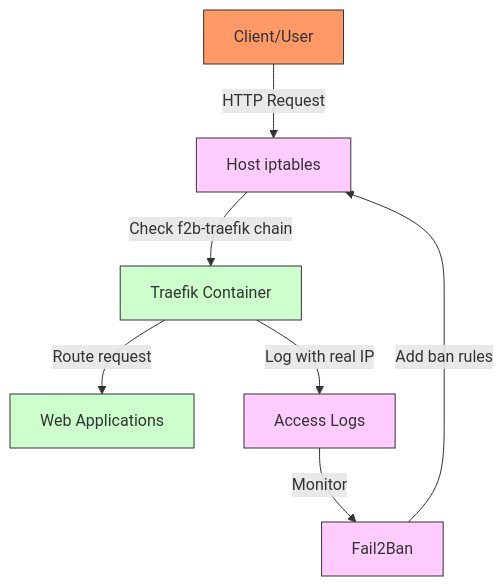
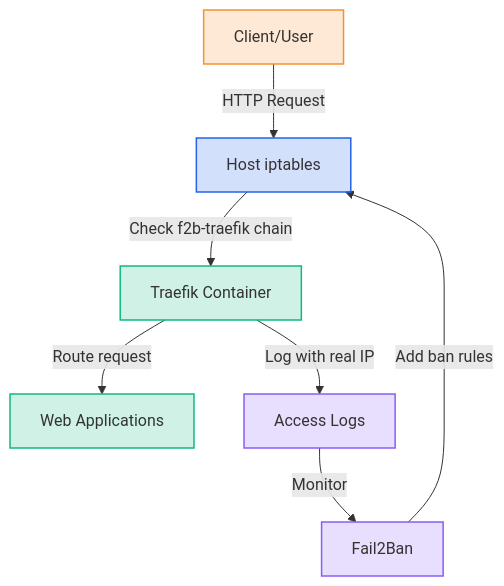
Before and after one commit to yashhere/yashagarwal.in: the second of 3 diagrams in content/notes/securing-traefik-with-ufw-fail2ban.mdx, drawn with Mermaid. The commit also changed other lines of this file and 2 other files, not shown here.

Commit message:
chore: fix mermaid styling in dark mode

````diff
--- a/content/notes/securing-traefik-with-ufw-fail2ban.mdx
+++ b/content/notes/securing-traefik-with-ufw-fail2ban.mdx
@@ -381,16 +381,16 @@
 ```mermaid
 flowchart TD
     client[Client/User] -->|HTTP Request| iptables
     iptables[Host iptables] -->|Check f2b-traefik chain| traefik
     traefik[Traefik Container] -->|Route request| app[Web Applications]
     traefik -->|Log with real IP| logs[Access Logs]
     logs -->|Monitor| fail2ban[Fail2Ban]
     fail2ban -->|Add ban rules| iptables
 
-    style client fill:#f96,stroke:#333
-    style iptables fill:#fcf,stroke:#333
-    style fail2ban fill:#fcf,stroke:#333
-    style logs fill:#fcf,stroke:#333
-    style traefik fill:#cfc,stroke:#333
-    style app fill:#cfc,stroke:#333
+    style client fill:#f5933033,stroke:#f59330,stroke-width:1.5px;
+    style iptables fill:#2563eb33,stroke:#2563eb,stroke-width:1.5px;
+    style fail2ban fill:#8b5cf633,stroke:#8b5cf6,stroke-width:1.5px;
+    style logs fill:#8b5cf633,stroke:#8b5cf6,stroke-width:1.5px;
+    style traefik fill:#10b98133,stroke:#10b981,stroke-width:1.5px;
+    style app fill:#10b98133,stroke:#10b981,stroke-width:1.5px;
 ```
````
